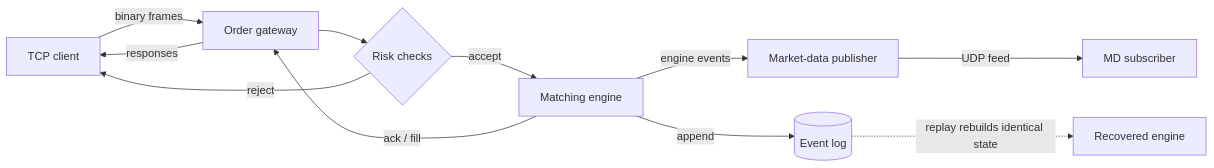
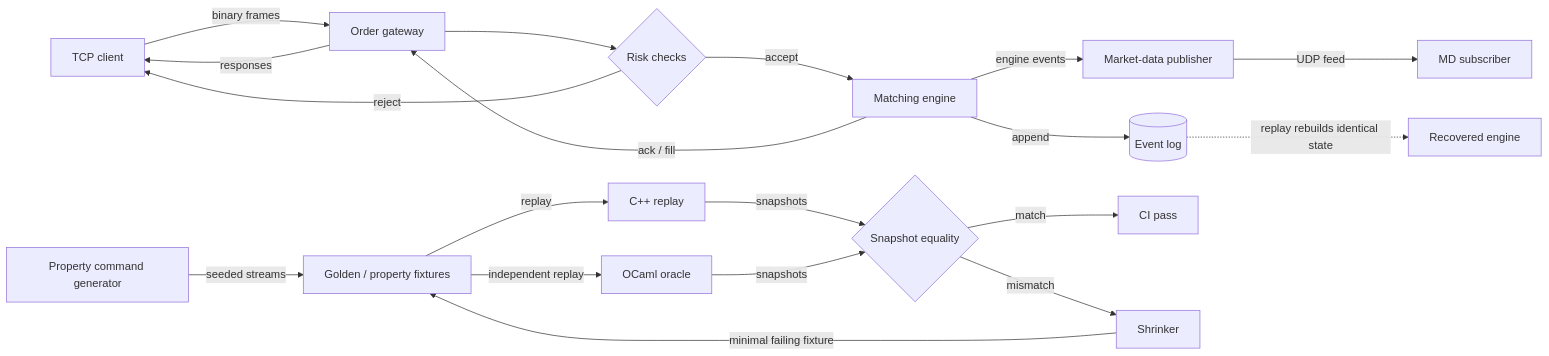
One commit to div0rce/quant-systems-lab changed the diagram in README.md. Above: the diagram before and after it, drawn with Mermaid.

Commit message:
docs: unify architecture diagram (system + differential testing) (#55)

````diff
--- a/README.md
+++ b/README.md
@@ -19,13 +19,26 @@
 ```mermaid
 flowchart LR
     client[TCP client] -->|binary frames| gw[Order gateway]
     gw --> risk{Risk checks}
     risk -->|reject| client
     risk -->|accept| eng[Matching engine]
+
     eng -->|ack / fill| gw
     gw -->|responses| client
+
     eng -->|engine events| pub[Market-data publisher]
+    pub -->|UDP feed| sub[MD subscriber]
+
     eng -->|append| log[(Event log)]
-    pub -->|UDP feed| sub[MD subscriber]
     log -.->|replay rebuilds identical state| rec[Recovered engine]
+
+    gen[Property command generator] -->|seeded streams| fix[Golden / property fixtures]
+    fix -->|replay| cpp[C++ replay]
+    fix -->|independent replay| ocaml[OCaml oracle]
+    cpp -->|snapshots| diff{Snapshot equality}
+    ocaml -->|snapshots| diff
+
+    diff -->|match| ci[CI pass]
+    diff -->|mismatch| shrink[Shrinker]
+    shrink -->|minimal failing fixture| fix
 ```
````
